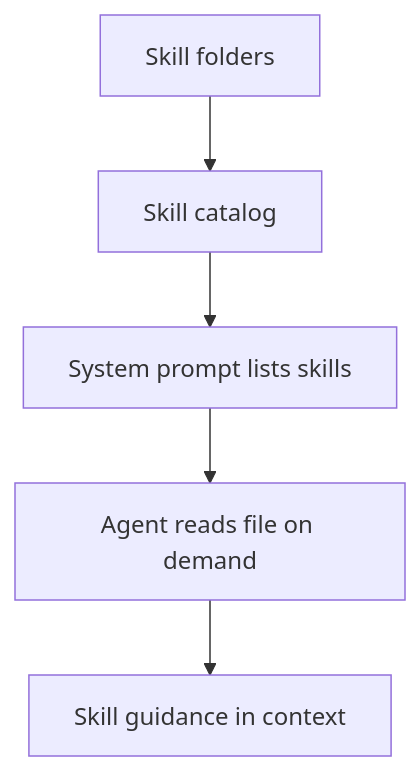
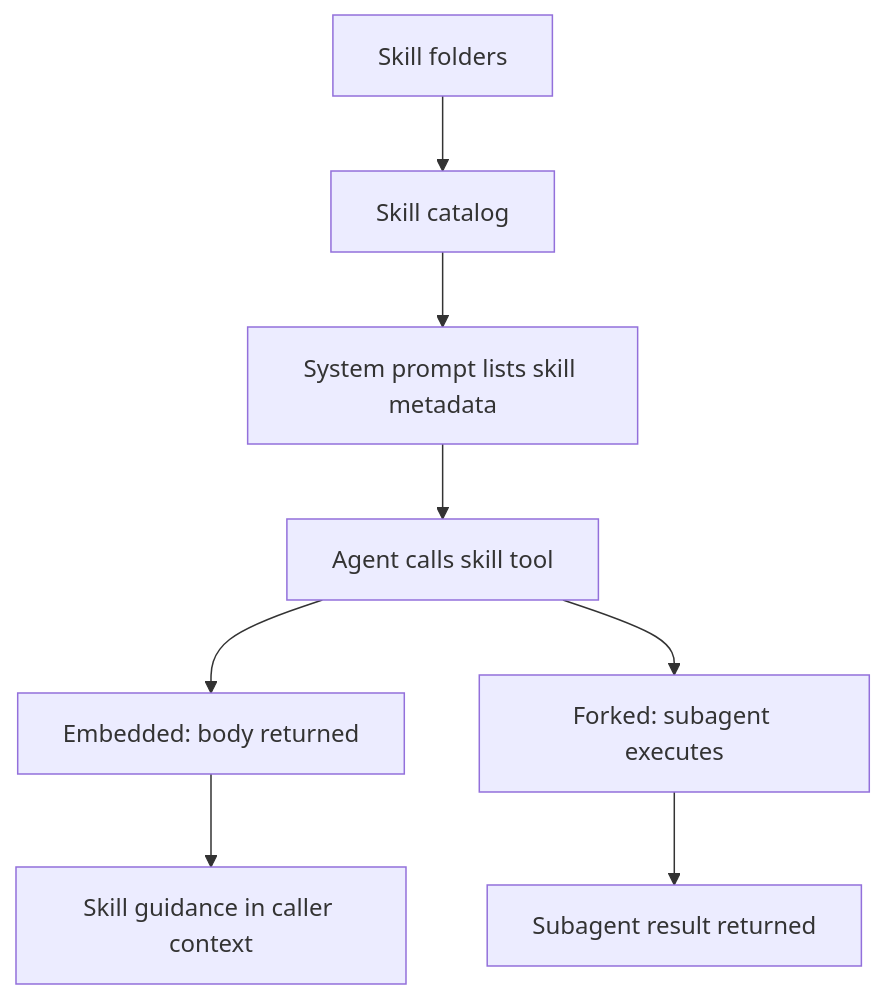
Before and after one commit to ex3ndr-bot/daycare: the second of 2 diagrams in doc/internals/skills.md, drawn with Mermaid. The commit also changed other lines of this file and 20 other files, not shown here.

Commit message:
feat(skills): add skill tool with sandbox execution

````diff
--- a/doc/internals/skills.md
+++ b/doc/internals/skills.md
@@ -76,7 +83,10 @@
 ```mermaid
 flowchart TD
   Root[Skill folders] --> Catalog[Skill catalog]
-  Catalog --> Prompt[System prompt lists skills]
-  Prompt --> Agent[Agent reads file on demand]
-  Agent --> Memory[Skill guidance in context]
+  Catalog --> Prompt[System prompt lists skill metadata]
+  Prompt --> ToolCall[Agent calls skill tool]
+  ToolCall --> Embedded[Embedded: body returned]
+  ToolCall --> Forked[Forked: subagent executes]
+  Embedded --> Memory[Skill guidance in caller context]
+  Forked --> Result[Subagent result returned]
 ```
````
